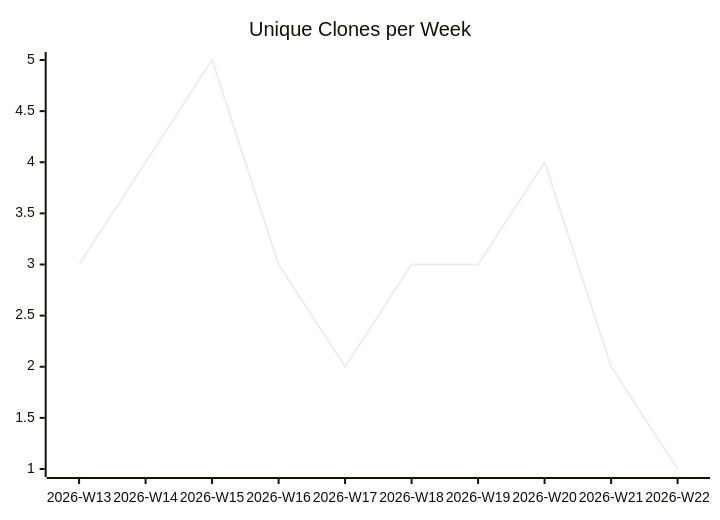
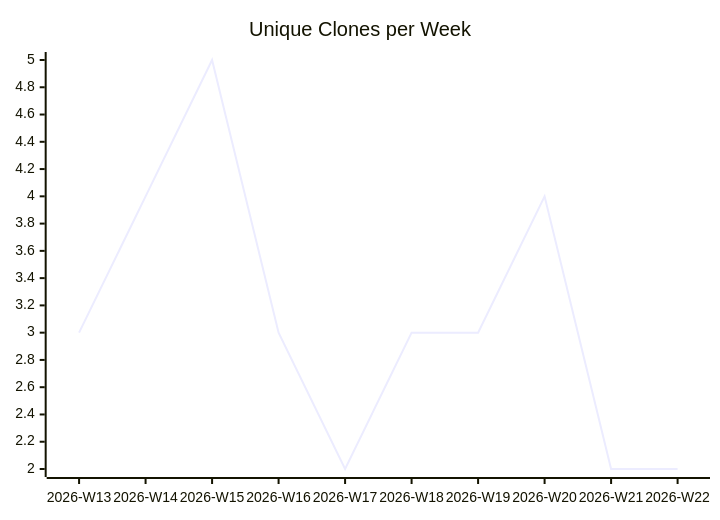
One commit to justdavis-family/github-analytics-data changed the third of 3 diagrams in karlmdavis/justdavis-karl/README.md. Above: the diagram before and after it, drawn with Mermaid. The commit also changed other lines of this file and 189 other files, not shown here.

````diff
--- a/karlmdavis/justdavis-karl/README.md
+++ b/karlmdavis/justdavis-karl/README.md
@@ -19,6 +19,6 @@
 ```mermaid
 xychart-beta
   title "Unique Clones per Week"
   x-axis ["2026-W13", "2026-W14", "2026-W15", "2026-W16", "2026-W17", "2026-W18", "2026-W19", "2026-W20", "2026-W21", "2026-W22"]
-  line [3, 4, 5, 3, 2, 3, 3, 4, 2, 1]
+  line [3, 4, 5, 3, 2, 3, 3, 4, 2, 2]
 ```
````
